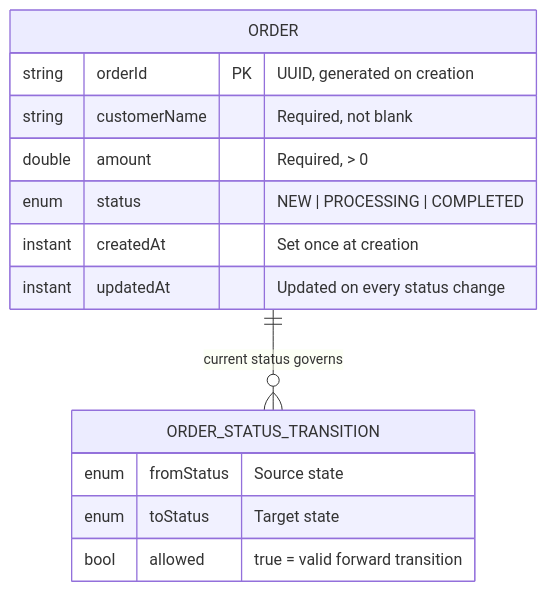
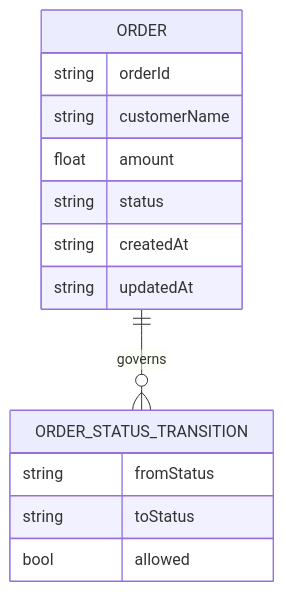
The fourth of 5 diagrams in Order_management_service/README.md (saifaofficial21/Reflection), drawn with Mermaid before and after one commit. The commit also changed other lines of this file, not shown here.

Commit message:
docs: fix GitHub Mermaid ER diagram (avoid HTML-breaking chars in labels)

````diff
--- a/Order_management_service/README.md
+++ b/Order_management_service/README.md
@@ -157,19 +157,17 @@
 ```mermaid
 erDiagram
     ORDER {
-        string  orderId       PK  "UUID, generated on creation"
-        string  customerName      "Required, not blank"
-        double  amount            "Required, > 0"
-        enum    status            "NEW | PROCESSING | COMPLETED"
-        instant createdAt         "Set once at creation"
-        instant updatedAt         "Updated on every status change"
+        string orderId
+        string customerName
+        float amount
+        string status
+        string createdAt
+        string updatedAt
     }
-
     ORDER_STATUS_TRANSITION {
-        enum fromStatus  "Source state"
-        enum toStatus    "Target state"
-        bool allowed     "true = valid forward transition"
+        string fromStatus
+        string toStatus
+        bool allowed
     }
-
-    ORDER ||--o{ ORDER_STATUS_TRANSITION : "current status governs"
+    ORDER ||--o{ ORDER_STATUS_TRANSITION : governs
 ```
````
